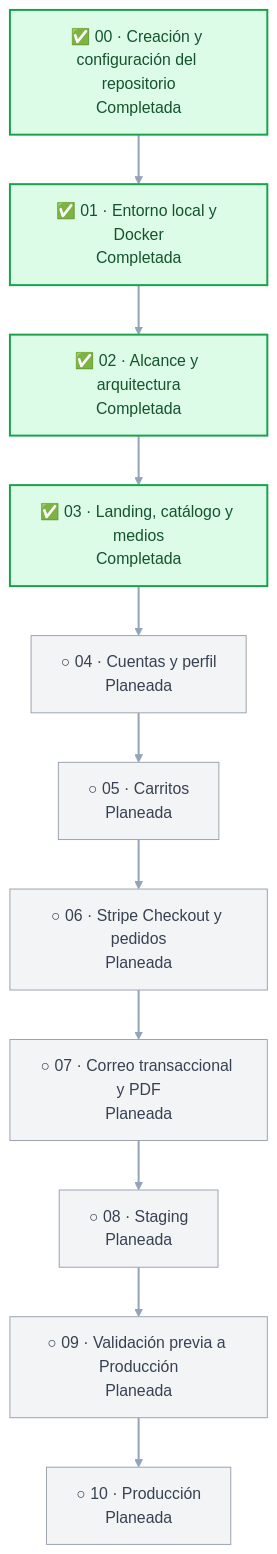
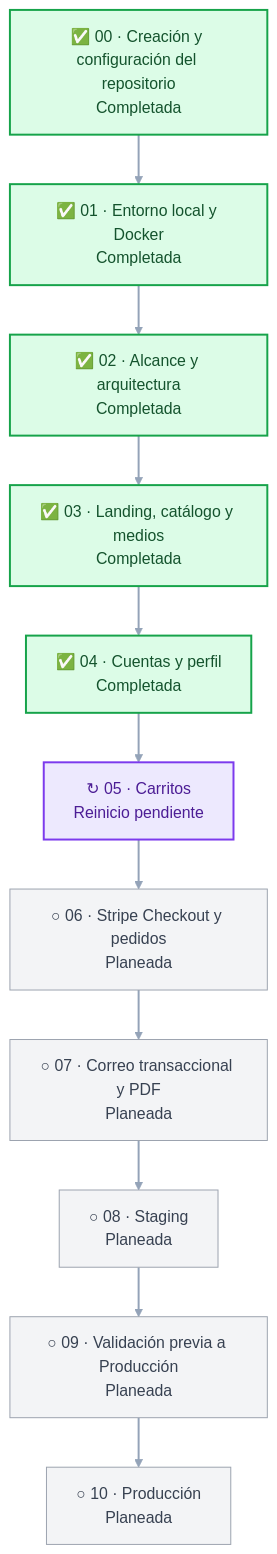
One commit to sadamlg/sr_del_mictlan changed the diagram in docs/ROADMAP.md. Above: the diagram before and after it, drawn with Mermaid (forest theme). The commit also changed other lines of this file and 1 other file, not shown here.

````diff
--- a/docs/ROADMAP.md
+++ b/docs/ROADMAP.md
@@ -23,22 +23,24 @@
 ```mermaid
 flowchart TB
     p00["✅ 00 · Creación y configuración del repositorio<br/>Completada"] --> p01
     p01["✅ 01 · Entorno local y Docker<br/>Completada"] --> p02["✅ 02 · Alcance y arquitectura<br/>Completada"]
     p02 --> p03["✅ 03 · Landing, catálogo y medios<br/>Completada"]
-    p03 --> p04["○ 04 · Cuentas y perfil<br/>Planeada"]
-    p04 --> p05["○ 05 · Carritos<br/>Planeada"]
+    p03 --> p04["✅ 04 · Cuentas y perfil<br/>Completada"]
+    p04 --> p05["↻ 05 · Carritos<br/>Reinicio pendiente"]
     p05 --> p06["○ 06 · Stripe Checkout y pedidos<br/>Planeada"]
     p06 --> p07["○ 07 · Correo transaccional y PDF<br/>Planeada"]
     p07 --> p08["○ 08 · Staging<br/>Planeada"]
     p08 --> p09["○ 09 · Validación previa a Producción<br/>Planeada"]
     p09 --> p10["○ 10 · Producción<br/>Planeada"]
 
     classDef completed fill:#dcfce7,stroke:#16a34a,color:#14532d,stroke-width:2px;
     classDef active fill:#fef3c7,stroke:#d97706,color:#78350f,stroke-width:2px;
+    classDef restart fill:#ede9fe,stroke:#7c3aed,color:#4c1d95,stroke-width:2px;
     classDef planned fill:#f3f4f6,stroke:#9ca3af,color:#374151;
 
-    class p00,p01,p02,p03 completed;
-    class p04,p05,p06,p07,p08,p09,p10 planned;
+    class p00,p01,p02,p03,p04 completed;
+    class p05 restart;
+    class p06,p07,p08,p09,p10 planned;
 
     linkStyle default stroke:#94a3b8,stroke-width:2px;
 ```
````
